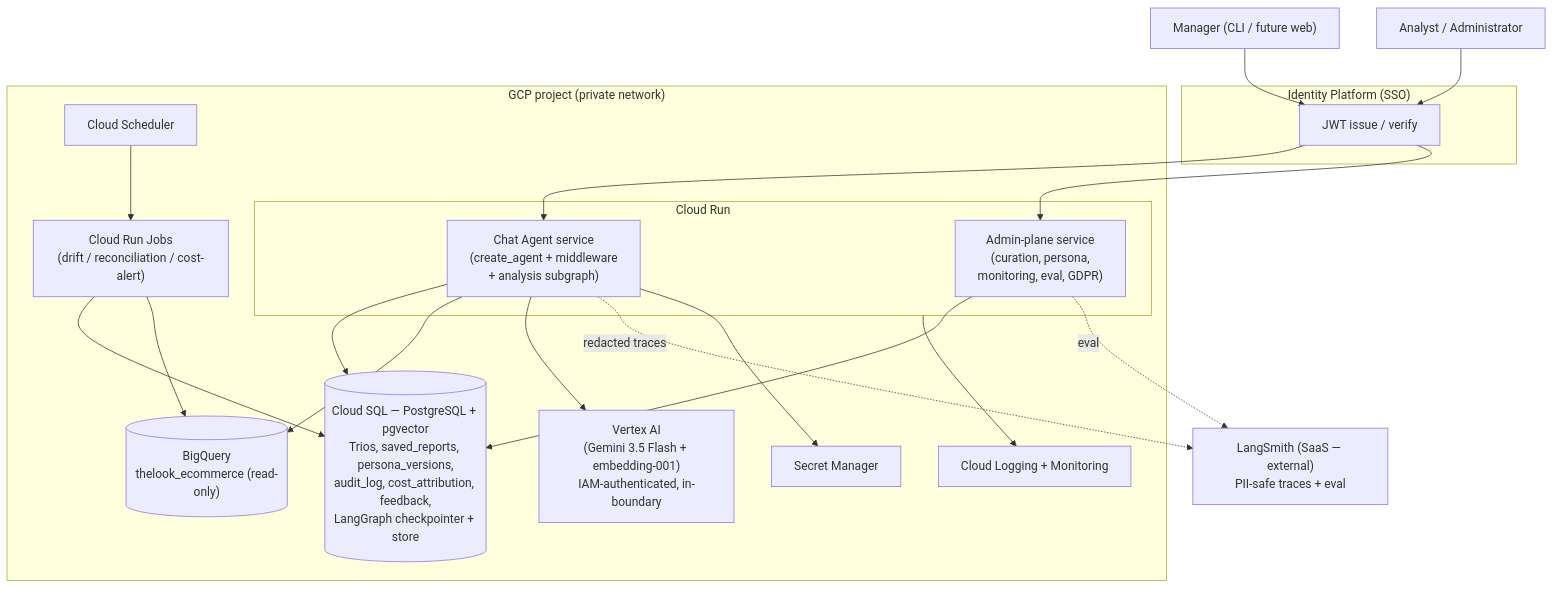
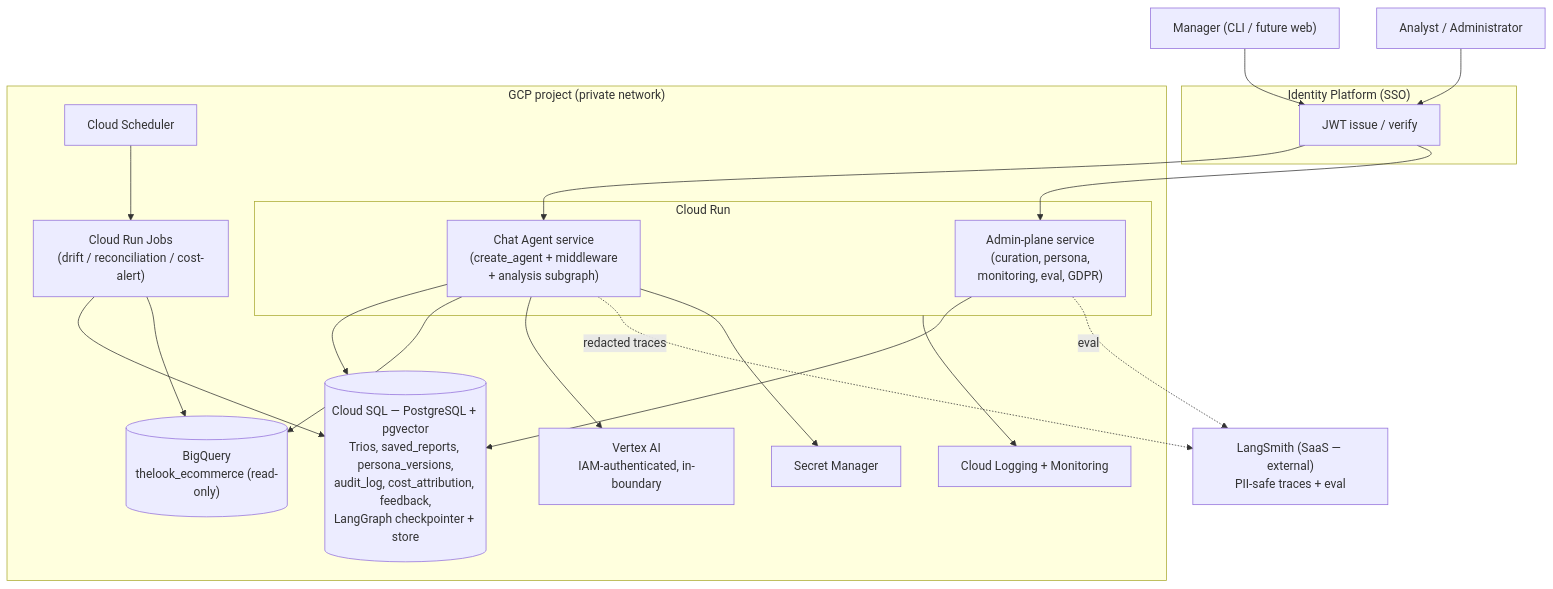
Before and after one commit to MiloradGlog/opsfleet-interview: the first of 17 diagrams in design/04_System_Design.md, drawn with Mermaid. The commit also changed 5 other files, not shown here.

````diff
--- a/design/04_System_Design.md
+++ b/design/04_System_Design.md
@@ -23,41 +23,41 @@
 ```mermaid
 flowchart TB
     user["Manager (CLI / future web)"]
     admin["Analyst / Administrator"]
 
     subgraph idp["Identity Platform (SSO)"]
         jwt["JWT issue / verify"]
     end
 
     subgraph gcp["GCP project (private network)"]
         subgraph cr["Cloud Run"]
             agent["Chat Agent service\n(create_agent + middleware\n+ analysis subgraph)"]
             adminsvc["Admin-plane service\n(curation, persona,\nmonitoring, eval, GDPR)"]
         end
 
         sql[("Cloud SQL — PostgreSQL + pgvector\nTrios, saved_reports, persona_versions,\naudit_log, cost_attribution, feedback,\nLangGraph checkpointer + store")]
 
         sched["Cloud Scheduler"]
         jobs["Cloud Run Jobs\n(drift / reconciliation / cost-alert)"]
         sm["Secret Manager"]
         mon["Cloud Logging + Monitoring"]
 
-        vertex["Vertex AI\n(Gemini 3.5 Flash + embedding-001)\nIAM-authenticated, in-boundary"]
+        vertex["Vertex AI\nIAM-authenticated, in-boundary"]
         bq[("BigQuery\nthelook_ecommerce (read-only)")]
     end
 
     ls["LangSmith (SaaS — external)\nPII-safe traces + eval"]
 
     user --> jwt --> agent
     admin --> jwt --> adminsvc
     agent --> sql
     adminsvc --> sql
     agent --> bq
     agent --> vertex
     agent -. redacted traces .-> ls
     adminsvc -. eval .-> ls
     agent --> sm
     sched --> jobs --> sql
     jobs --> bq
     cr --> mon
 ```
````
